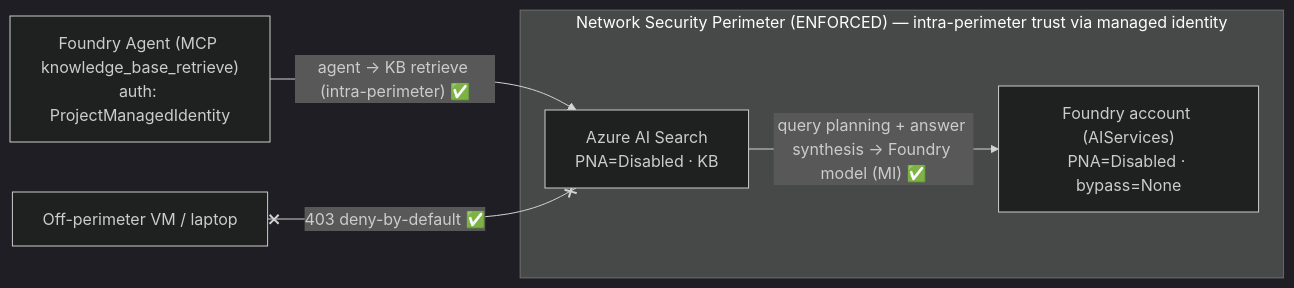
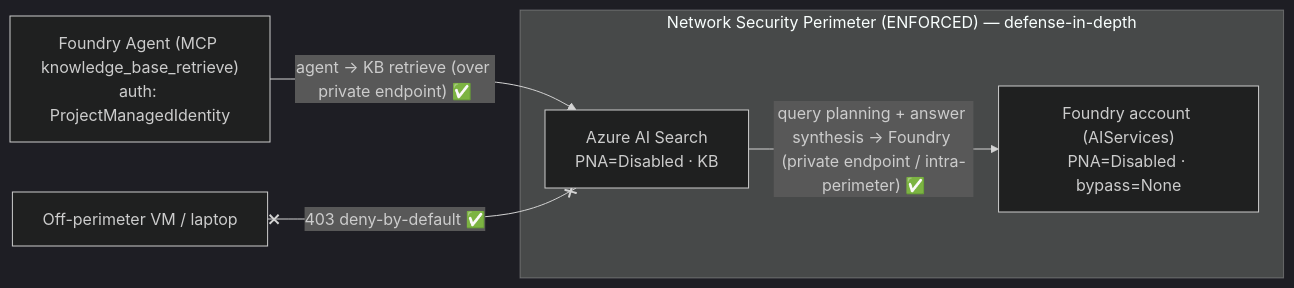
The second of 2 diagrams in preview/pr-53/notebook/network-isolated-foundry-iq.md (microsoft-foundry/forgebook), drawn with Mermaid (dark theme) before and after one commit. The commit also changed other lines of this file and 33 other files, not shown here.

````diff
--- a/preview/pr-53/notebook/network-isolated-foundry-iq.md
+++ b/preview/pr-53/notebook/network-isolated-foundry-iq.md
@@ -855,11 +886,11 @@
 ```mermaid
 flowchart LR
-  subgraph NSP["Network Security Perimeter (ENFORCED) — intra-perimeter trust via managed identity"]
+  subgraph NSP["Network Security Perimeter (ENFORCED) — defense-in-depth"]
     Foundry["Foundry account (AIServices)<br/>PNA=Disabled · bypass=None"]
     Search["Azure AI Search<br/>PNA=Disabled · KB"]
   end
   Agent["Foundry Agent (MCP knowledge_base_retrieve)<br/>auth: ProjectManagedIdentity"]
-  Agent -->|"agent → KB retrieve (intra-perimeter) ✅"| Search
-  Search -->|"query planning + answer synthesis → Foundry model (MI) ✅"| Foundry
+  Agent -->|"agent → KB retrieve (over private endpoint) ✅"| Search
+  Search -->|"query planning + answer synthesis → Foundry (private endpoint / intra-perimeter) ✅"| Foundry
   Ext["Off-perimeter VM / laptop"] x--x|"403 deny-by-default ✅"| Search
 ```
````
